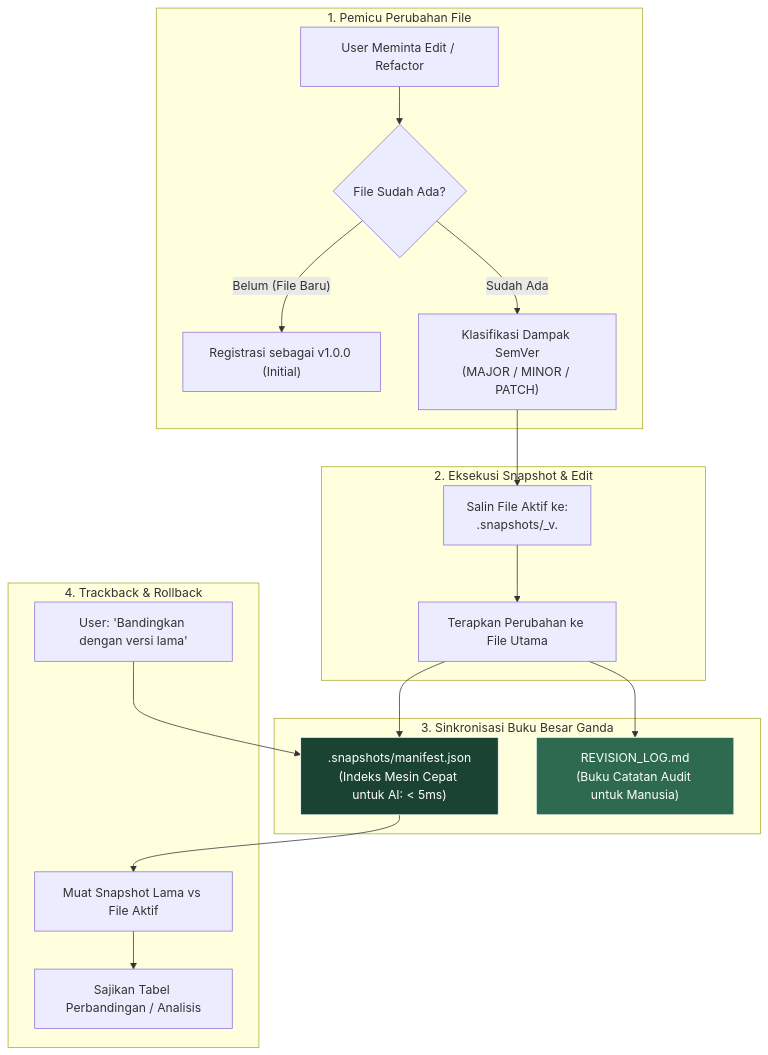
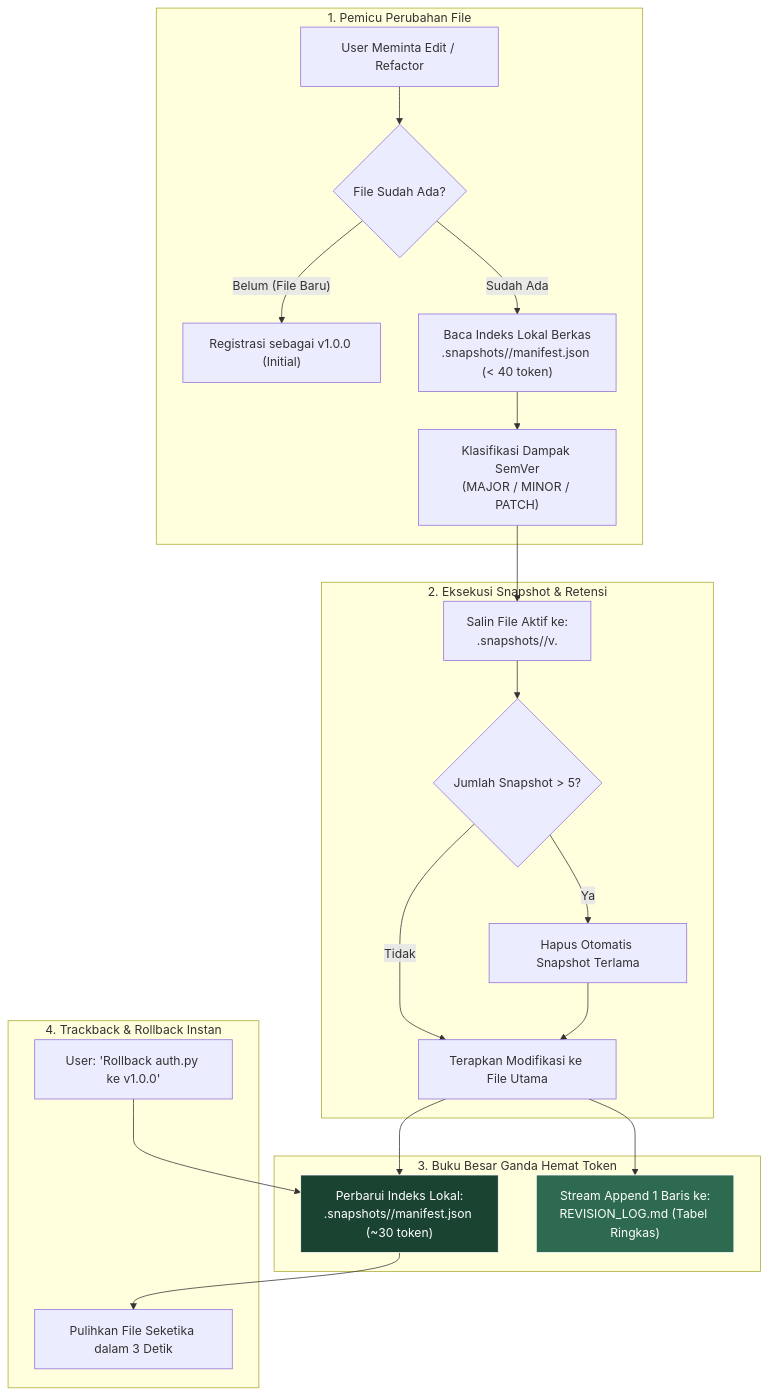
Before and after one commit to ainullm/agent-checkpoint: the first of 2 diagrams in README.id.md, drawn with Mermaid. The commit also changed other lines of this file and 12 other files, not shown here.

````diff
--- a/README.id.md
+++ b/README.id.md
@@ -60,27 +54,30 @@
 ```mermaid
 flowchart TD
     subgraph Trigger ["1. Pemicu Perubahan File"]
         A["User Meminta Edit / Refactor"] --> B{"File Sudah Ada?"}
         B -->|"Belum (File Baru)"| C["Registrasi sebagai v1.0.0 (Initial)"]
-        B -->|"Sudah Ada"| D["Klasifikasi Dampak SemVer\n(MAJOR / MINOR / PATCH)"]
+        B -->|"Sudah Ada"| D["Baca Indeks Lokal Berkas\n.snapshots/<filepath>/manifest.json (< 40 token)"]
+        D --> E["Klasifikasi Dampak SemVer\n(MAJOR / MINOR / PATCH)"]
     end
 
-    subgraph CoreEngine ["2. Eksekusi Snapshot & Edit"]
-        D --> E["Salin File Aktif ke:\n.snapshots/<nama>_v<OLD_VERSION>.<ext>"]
-        E --> F["Terapkan Perubahan ke File Utama"]
+    subgraph CoreEngine ["2. Eksekusi Snapshot & Retensi"]
+        E --> F["Salin File Aktif ke:\n.snapshots/<filepath>/v<OLD_VERSION>.<ext>"]
+        F --> G{"Jumlah Snapshot > 5?"}
+        G -->|"Ya"| H["Hapus Otomatis Snapshot Terlama"]
+        G -->|"Tidak"| I["Terapkan Modifikasi ke File Utama"]
+        H --> I
     end
 
-    subgraph DualLedger ["3. Sinkronisasi Buku Besar Ganda"]
-        F --> G[".snapshots/manifest.json\n(Indeks Mesin Cepat untuk AI: < 5ms)"]
-        F --> H["REVISION_LOG.md\n(Buku Catatan Audit untuk Manusia)"]
+    subgraph DualLedger ["3. Buku Besar Ganda Hemat Token"]
+        I --> J["Perbarui Indeks Lokal:\n.snapshots/<filepath>/manifest.json (~30 token)"]
+        I --> K["Stream Append 1 Baris ke:\nREVISION_LOG.md (Tabel Ringkas)"]
     end
 
-    subgraph Retrieval ["4. Trackback & Rollback"]
-        I["User: 'Bandingkan dengan versi lama'"] --> G
-        G --> J["Muat Snapshot Lama vs File Aktif"]
-        J --> K["Sajikan Tabel Perbandingan / Analisis"]
+    subgraph Retrieval ["4. Trackback & Rollback Instan"]
+        L["User: 'Rollback auth.py ke v1.0.0'"] --> J
+        J --> M["Pulihkan File Seketika dalam 3 Detik"]
     end
 
-    style G fill:#1b4332,color:#fff,stroke:#fff
-    style H fill:#2d6a4f,color:#fff,stroke:#fff
+    style J fill:#1b4332,color:#fff,stroke:#fff
+    style K fill:#2d6a4f,color:#fff,stroke:#fff
 ```
````
